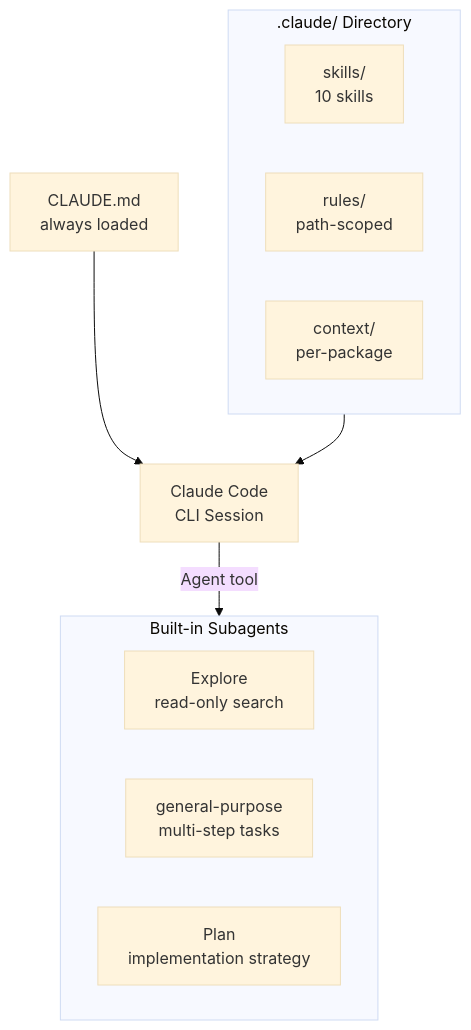
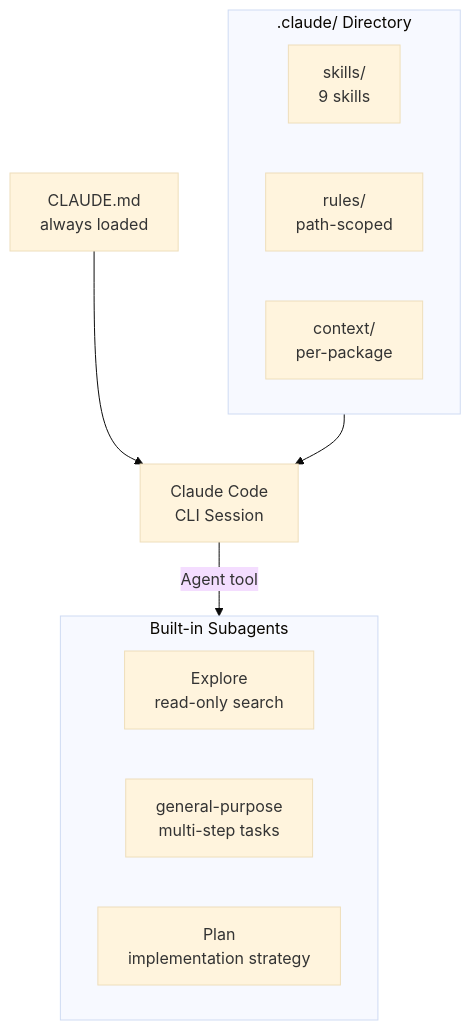
The diagram in docs/docs/builders/agentic/claude-code.mdx (greenpill-dev-guild/green-goods), drawn with Mermaid (base theme) before and after one commit. The commit also changed other lines of this file and 37 other files, not shown here.

````diff
--- a/docs/docs/builders/agentic/claude-code.mdx
+++ b/docs/docs/builders/agentic/claude-code.mdx
@@ -21,19 +21,19 @@
 ```mermaid
 graph TB
     subgraph Config[".claude/ Directory"]
-        Skills["skills/\n10 skills"]
+        Skills["skills/\n9 skills"]
         Rules["rules/\npath-scoped"]
         Context["context/\nper-package"]
     end
 
     CLAUDE["CLAUDE.md\nalways loaded"] --> Session["Claude Code\nCLI Session"]
     Config --> Session
 
     subgraph Subagents["Built-in Subagents"]
         Explore["Explore\nread-only search"]
         General["general-purpose\nmulti-step tasks"]
         PlanAgent["Plan\nimplementation strategy"]
     end
 
     Session -->|Agent tool| Subagents
 ```
````
